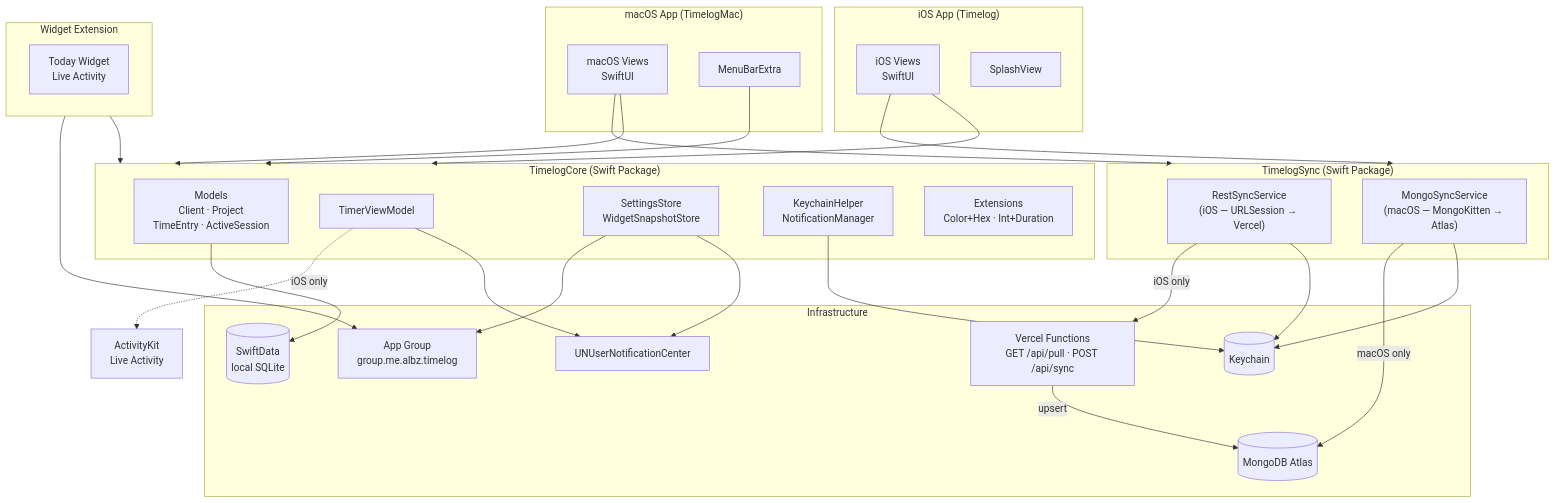
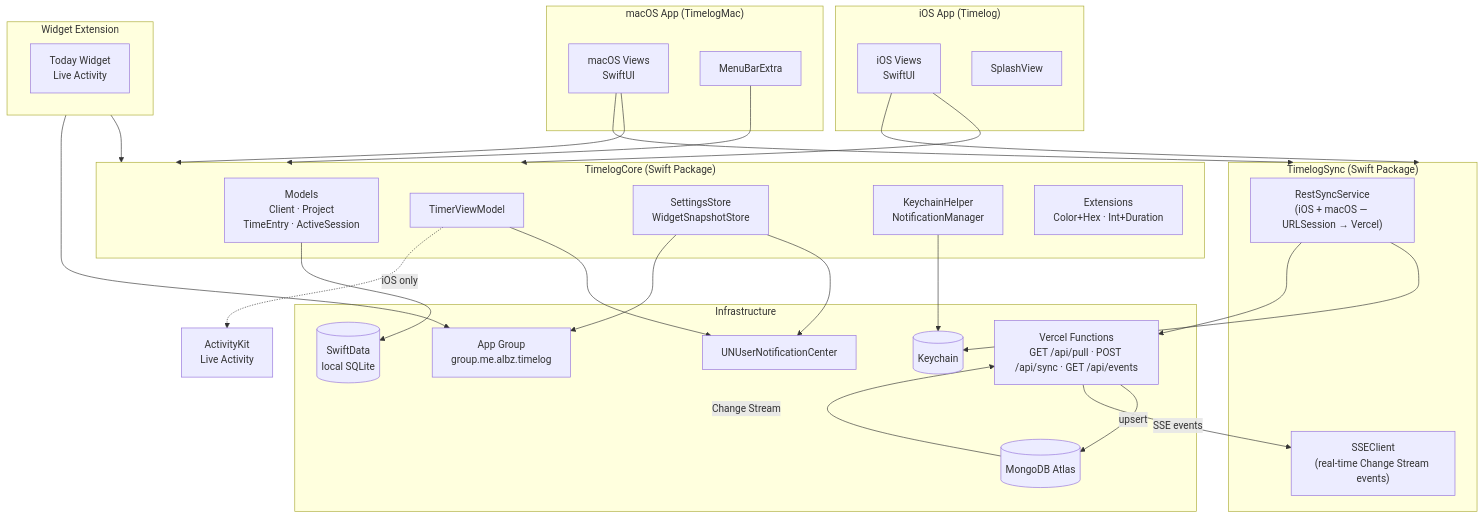
One commit to albertobarrago/timelog changed the first of 2 diagrams in docs/01-architecture.md. Above: the diagram before and after it, drawn with Mermaid. The commit also changed other lines of this file and 26 other files, not shown here.

First line of the commit message:
feat(sync): replace MongoKitten with unified SSE-based sync

````diff
--- a/docs/01-architecture.md
+++ b/docs/01-architecture.md
@@ -27,60 +28,59 @@
 ```mermaid
 graph TD
     subgraph iOS["iOS App (Timelog)"]
         iViews["iOS Views\nSwiftUI"]
         iSplash["SplashView"]
     end
 
     subgraph macOS["macOS App (TimelogMac)"]
         mViews["macOS Views\nSwiftUI"]
         mMenu["MenuBarExtra"]
     end
 
     subgraph Widget["Widget Extension"]
         wWidget["Today Widget\nLive Activity"]
     end
 
     subgraph Core["TimelogCore (Swift Package)"]
         Models["Models\nClient · Project\nTimeEntry · ActiveSession"]
         VM["TimerViewModel"]
         Store["SettingsStore\nWidgetSnapshotStore"]
         Helpers["KeychainHelper\nNotificationManager"]
         Ext["Extensions\nColor+Hex · Int+Duration"]
     end
 
     subgraph Sync["TimelogSync (Swift Package)"]
-        RestSvc["RestSyncService\n(iOS — URLSession → Vercel)"]
-        MongoSvc["MongoSyncService\n(macOS — MongoKitten → Atlas)"]
+        RestSvc["RestSyncService\n(iOS + macOS — URLSession → Vercel)"]
+        SSESvc["SSEClient\n(real-time Change Stream events)"]
     end
 
     subgraph Infra["Infrastructure"]
         SD[("SwiftData\nlocal SQLite")]
         KCH[("Keychain")]
         UNS["UNUserNotificationCenter"]
         MDB[("MongoDB Atlas")]
-        VCL["Vercel Functions\nGET /api/pull · POST /api/sync"]
+        VCL["Vercel Functions\nGET /api/pull · POST /api/sync · GET /api/events"]
         AG["App Group\ngroup.me.albz.timelog"]
     end
 
     iViews --> Core
     iViews --> Sync
     mViews --> Core
     mViews --> Sync
     mMenu --> Core
     Widget --> Core
 
     VM --> UNS
     VM -.->|"iOS only"| LiveActivity["ActivityKit\nLive Activity"]
     Store --> UNS
     Helpers --> KCH
     Models --> SD
     Store --> AG
     Widget --> AG
 
     RestSvc --> KCH
-    RestSvc -->|"iOS only"| VCL
+    RestSvc --> VCL
     VCL -->|"upsert"| MDB
-
-    MongoSvc --> KCH
-    MongoSvc -->|"macOS only"| MDB
+    VCL -->|"SSE events"| SSESvc
+    MDB -->|"Change Stream"| VCL
 ```
````
